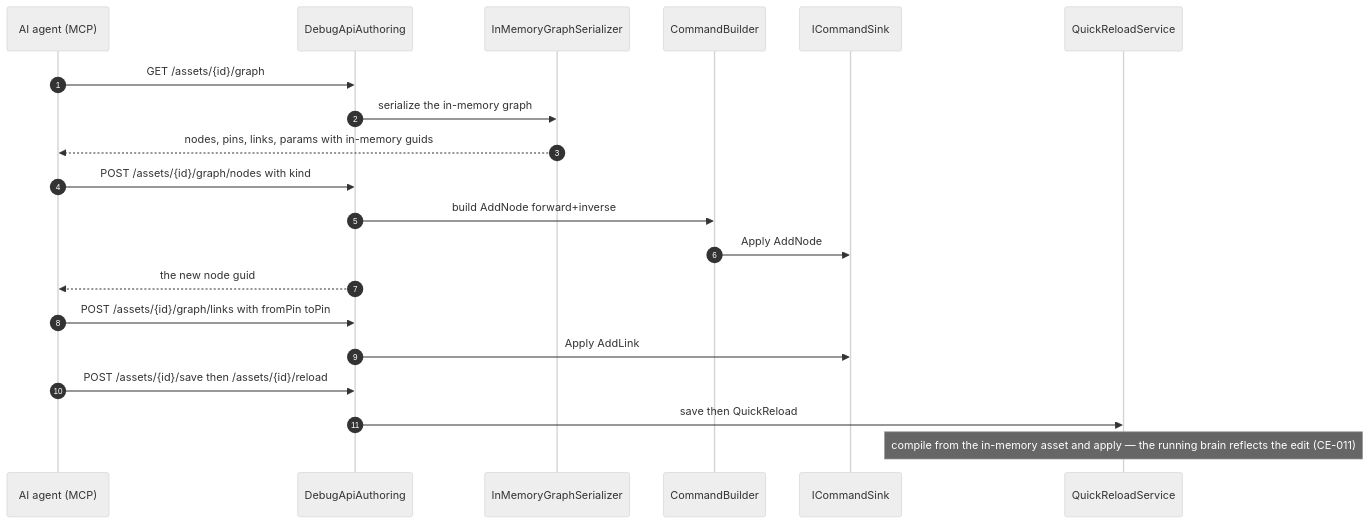
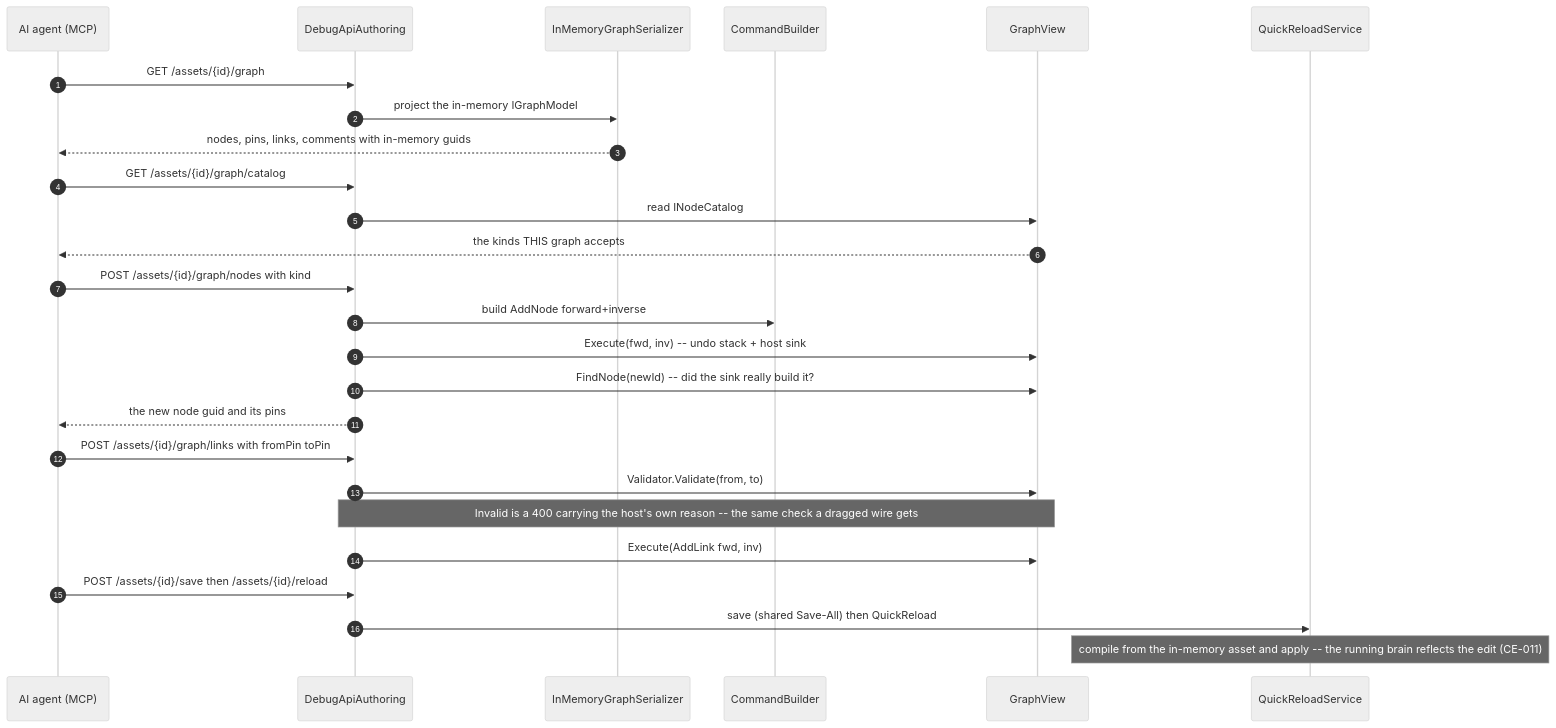
One commit to pjanec/HROT changed the second of 3 diagrams in docs/DESIGN_Mcp_Authoring.md. Above: the diagram before and after it, drawn with Mermaid (neutral theme). The commit also changed other lines of this file and 15 other files, not shown here.

````diff
--- a/docs/DESIGN_Mcp_Authoring.md
+++ b/docs/DESIGN_Mcp_Authoring.md
@@ -114,23 +150,29 @@
 ```mermaid
 sequenceDiagram
     autonumber
     participant A as AI agent (MCP)
     participant Api as DebugApiAuthoring
     participant Ser as InMemoryGraphSerializer
     participant CB as CommandBuilder
-    participant Sink as ICommandSink
+    participant GV as GraphView
     participant QR as QuickReloadService
 
     A->>Api: GET /assets/{id}/graph
-    Api->>Ser: serialize the in-memory graph
-    Ser-->>A: nodes, pins, links, params with in-memory guids
+    Api->>Ser: project the in-memory IGraphModel
+    Ser-->>A: nodes, pins, links, comments with in-memory guids
+    A->>Api: GET /assets/{id}/graph/catalog
+    Api->>GV: read INodeCatalog
+    GV-->>A: the kinds THIS graph accepts
     A->>Api: POST /assets/{id}/graph/nodes with kind
     Api->>CB: build AddNode forward+inverse
-    CB->>Sink: Apply AddNode
-    Api-->>A: the new node guid
+    Api->>GV: Execute(fwd, inv) -- undo stack + host sink
+    Api->>GV: FindNode(newId) -- did the sink really build it?
+    Api-->>A: the new node guid and its pins
     A->>Api: POST /assets/{id}/graph/links with fromPin toPin
-    Api->>Sink: Apply AddLink
+    Api->>GV: Validator.Validate(from, to)
+    Note over Api,GV: Invalid is a 400 carrying the host's own reason -- the same check a dragged wire gets
+    Api->>GV: Execute(AddLink fwd, inv)
     A->>Api: POST /assets/{id}/save then /assets/{id}/reload
-    Api->>QR: save then QuickReload
-    Note over QR: compile from the in-memory asset and apply — the running brain reflects the edit (CE-011)
+    Api->>QR: save (shared Save-All) then QuickReload
+    Note over QR: compile from the in-memory asset and apply -- the running brain reflects the edit (CE-011)
 ```
````
